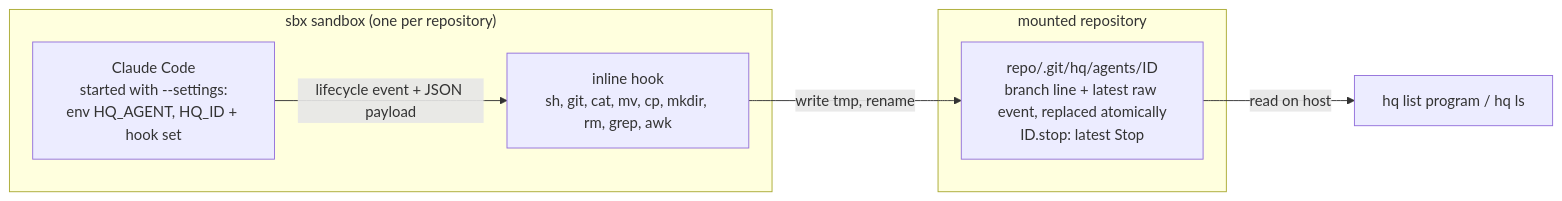
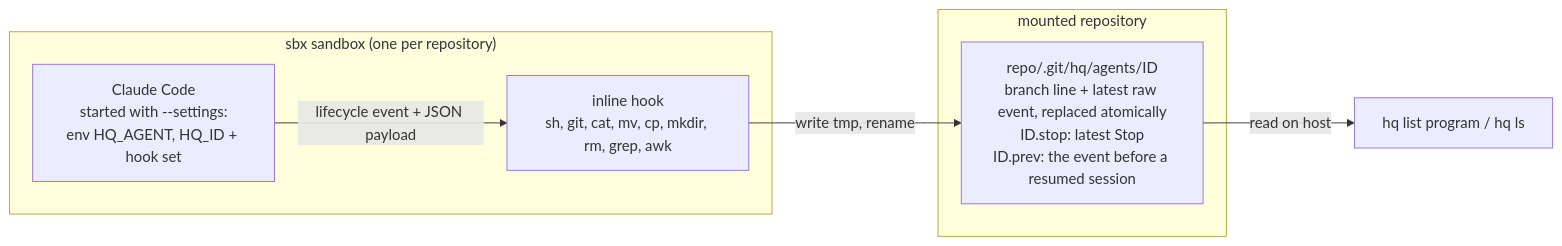
One commit to rkrysinski/hq changed the second of 4 diagrams in docs/design/hq.md. Above: the diagram before and after it, drawn with Mermaid. The commit also changed other lines of this file and 10 other files, not shown here.

````diff
--- a/docs/design/hq.md
+++ b/docs/design/hq.md
@@ -81,13 +81,13 @@
 ```mermaid
 flowchart LR
     subgraph SB["sbx sandbox (one per repository)"]
         C["Claude Code<br/>started with --settings:<br/>env HQ_AGENT, HQ_ID + hook set"]
         K["inline hook<br/>sh, git, cat, mv, cp, mkdir, rm, grep, awk"]
         C -- "lifecycle event + JSON payload" --> K
     end
     subgraph RP["mounted repository"]
-        F["repo/.git/hq/agents/ID<br/>branch line + latest raw event, replaced atomically<br/>ID.stop: latest Stop"]
+        F["repo/.git/hq/agents/ID<br/>branch line + latest raw event, replaced atomically<br/>ID.stop: latest Stop<br/>ID.prev: the event before a resumed session"]
     end
     K -- "write tmp, rename" --> F
     F -- "read on host" --> LP["hq list program / hq ls"]
 ```
````
